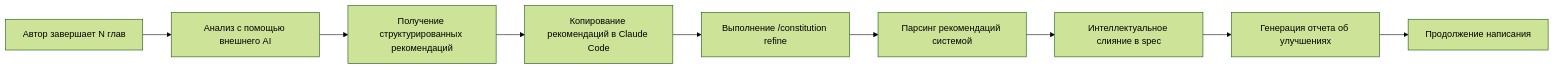
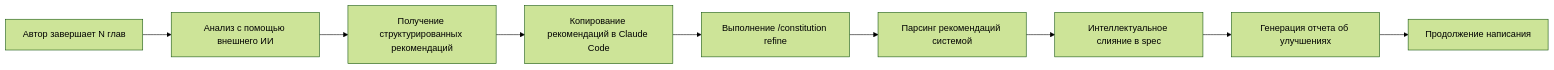
Before and after one commit to jakerdy/novel-writer-ru: the diagram in docs/PRD-external-suggestion-integration.md, drawn with Mermaid (forest theme). The commit also changed other lines of this file and 397 other files, not shown here.

````diff
--- a/docs/PRD-external-suggestion-integration.md
+++ b/docs/PRD-external-suggestion-integration.md
@@ -39,11 +40,11 @@
 ```mermaid
 graph LR
-    A[Автор завершает N глав] --> B[Анализ с помощью внешнего AI]
+    A[Автор завершает N глав] --> B[Анализ с помощью внешнего ИИ]
     B --> C[Получение структурированных рекомендаций]
     C --> D[Копирование рекомендаций в Claude Code]
     D --> E[Выполнение /constitution refine]
     E --> F[Парсинг рекомендаций системой]
     F --> G[Интеллектуальное слияние в spec]
     G --> H[Генерация отчета об улучшениях]
     H --> I[Продолжение написания]
 ```
````
